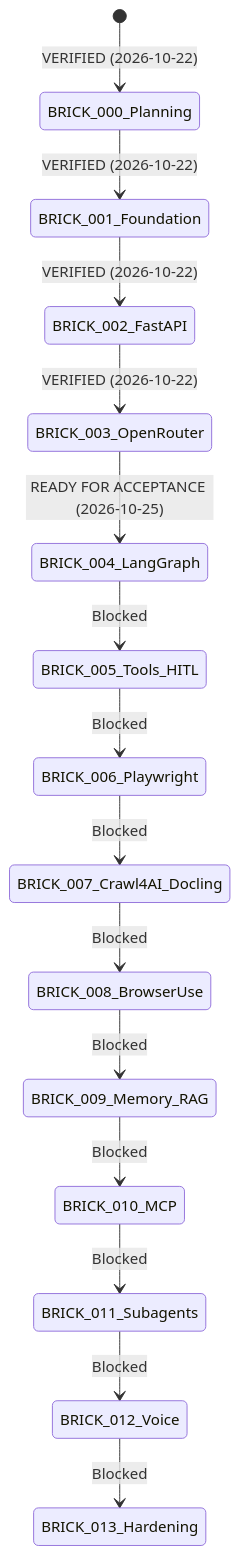
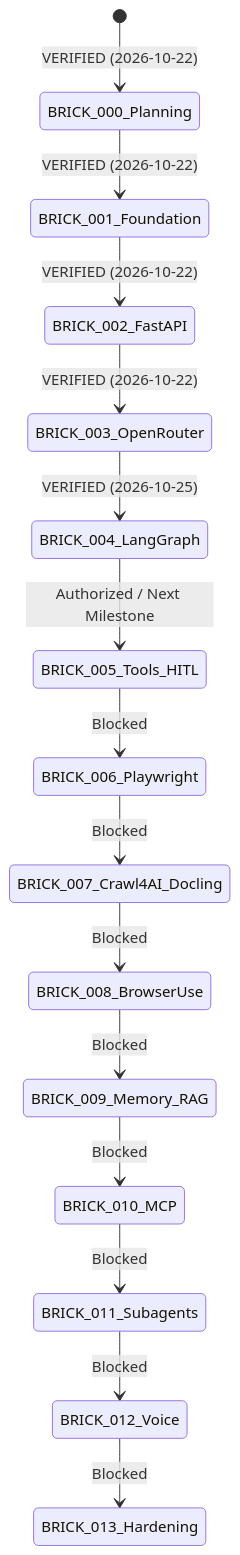
Before and after one commit to Aryramy/javed: the diagram in docs/PROGRESS.md, drawn with Mermaid. The commit also changed other lines of this file and 4 other files, not shown here.

First line of the commit message:
docs(brick-004): record formal owner acceptance and mark BRICK-004 verified

````diff
--- a/docs/PROGRESS.md
+++ b/docs/PROGRESS.md
@@ -27,17 +27,17 @@
 ```mermaid
 stateDiagram-v2
     [*] --> BRICK_000_Planning: VERIFIED (2026-10-22)
     BRICK_000_Planning --> BRICK_001_Foundation: VERIFIED (2026-10-22)
     BRICK_001_Foundation --> BRICK_002_FastAPI: VERIFIED (2026-10-22)
     BRICK_002_FastAPI --> BRICK_003_OpenRouter: VERIFIED (2026-10-22)
-    BRICK_003_OpenRouter --> BRICK_004_LangGraph: READY FOR ACCEPTANCE (2026-10-25)
-    BRICK_004_LangGraph --> BRICK_005_Tools_HITL: Blocked
+    BRICK_003_OpenRouter --> BRICK_004_LangGraph: VERIFIED (2026-10-25)
+    BRICK_004_LangGraph --> BRICK_005_Tools_HITL: Authorized / Next Milestone
     BRICK_005_Tools_HITL --> BRICK_006_Playwright: Blocked
     BRICK_006_Playwright --> BRICK_007_Crawl4AI_Docling: Blocked
     BRICK_007_Crawl4AI_Docling --> BRICK_008_BrowserUse: Blocked
     BRICK_008_BrowserUse --> BRICK_009_Memory_RAG: Blocked
     BRICK_009_Memory_RAG --> BRICK_010_MCP: Blocked
     BRICK_010_MCP --> BRICK_011_Subagents: Blocked
     BRICK_011_Subagents --> BRICK_012_Voice: Blocked
     BRICK_012_Voice --> BRICK_013_Hardening: Blocked
 ```
````
